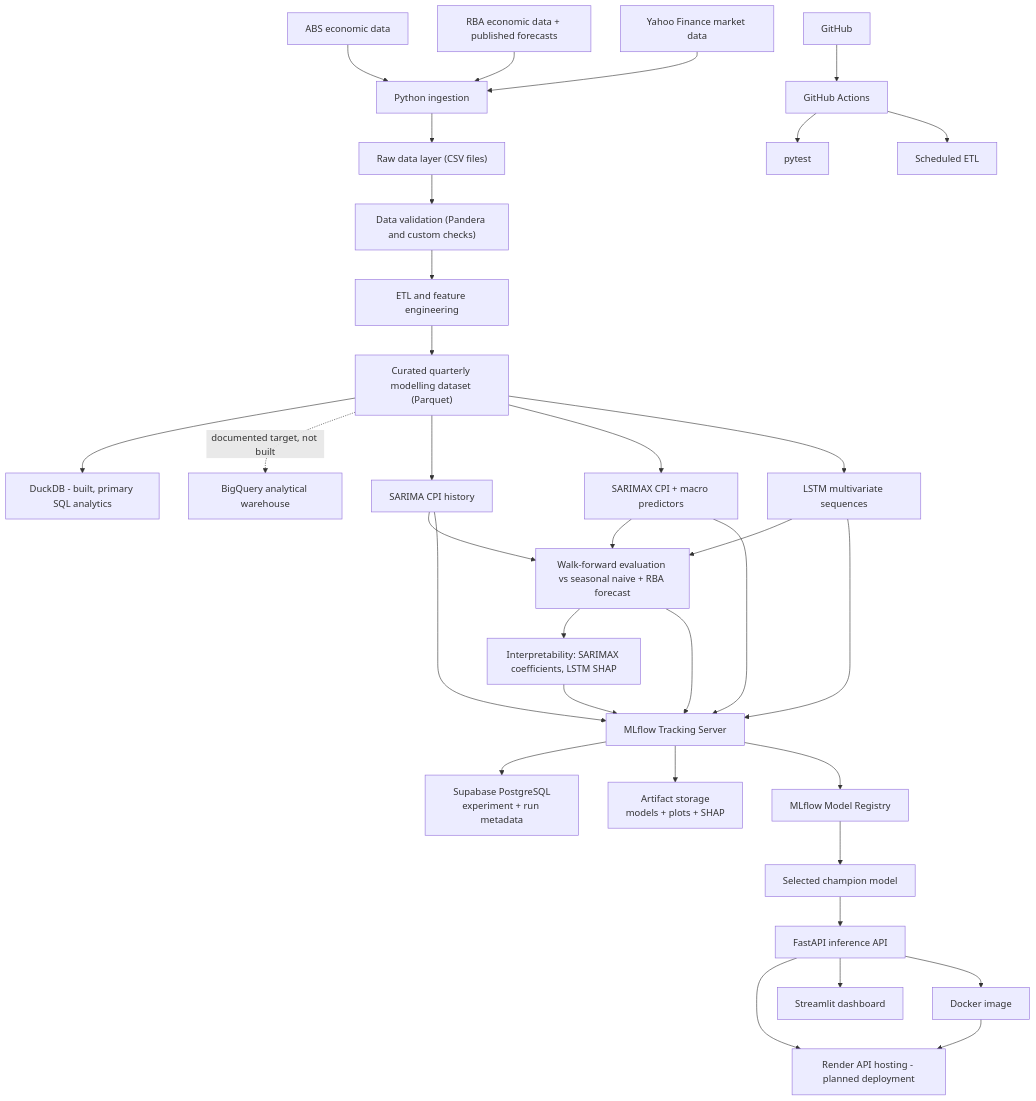
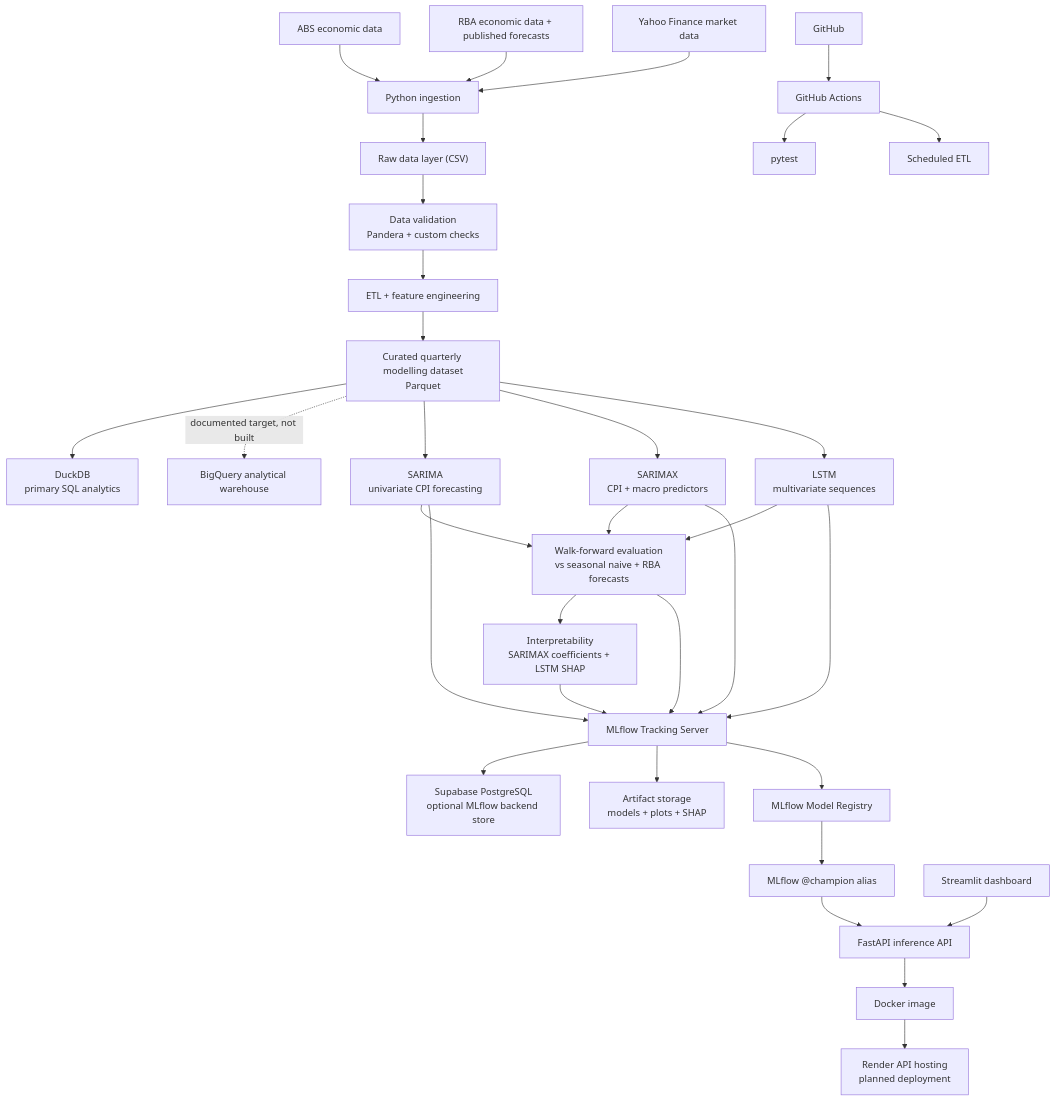
One commit to JuanVu1810/Australian-CPI-Forecast changed the diagram in PROJECT_ARCHITECTURE.md. Above: the diagram before and after it, drawn with Mermaid. The commit also changed other lines of this file and 1 other file, not shown here.

Commit message:
update the streamlit and fastapi interaction

````diff
--- a/PROJECT_ARCHITECTURE.md
+++ b/PROJECT_ARCHITECTURE.md
@@ -207,41 +209,46 @@
 ```mermaid
 flowchart TD
     ABS["ABS economic data"] --> INGEST["Python ingestion"]
     RBA["RBA economic data + published forecasts"] --> INGEST
     YF["Yahoo Finance market data"] --> INGEST
 
-    INGEST --> RAW["Raw data layer (CSV files)"]
-    RAW --> VALIDATE["Data validation (Pandera and custom checks)"]
-    VALIDATE --> ETL["ETL and feature engineering"]
-    ETL --> CURATED["Curated quarterly modelling dataset (Parquet)"]
+    INGEST --> RAW["Raw data layer (CSV)"]
+    RAW --> VALIDATE["Data validation<br/>Pandera + custom checks"]
+    VALIDATE --> ETL["ETL + feature engineering"]
+    ETL --> CURATED["Curated quarterly modelling dataset<br/>Parquet"]
 
-    CURATED --> DUCKDB["DuckDB - built, primary SQL analytics"]
+    CURATED --> DUCKDB["DuckDB<br/>primary SQL analytics"]
     CURATED -. "documented target, not built" .-> BQ["BigQuery analytical warehouse"]
 
-    CURATED --> SARIMA["SARIMA CPI history"]
-    CURATED --> SARIMAX["SARIMAX CPI + macro predictors"]
-    CURATED --> LSTM["LSTM multivariate sequences"]
-    SARIMA --> EVAL["Walk-forward evaluation vs seasonal naive + RBA forecast"]
+    CURATED --> SARIMA["SARIMA<br/>univariate CPI forecasting"]
+    CURATED --> SARIMAX["SARIMAX<br/>CPI + macro predictors"]
+    CURATED --> LSTM["LSTM<br/>multivariate sequences"]
+
+    SARIMA --> EVAL["Walk-forward evaluation<br/>vs seasonal naive + RBA forecasts"]
     SARIMAX --> EVAL
     LSTM --> EVAL
-    EVAL --> INTERP["Interpretability: SARIMAX coefficients, LSTM SHAP"]
+
+    EVAL --> INTERP["Interpretability<br/>SARIMAX coefficients + LSTM SHAP"]
 
     SARIMA --> MLFLOW["MLflow Tracking Server"]
     SARIMAX --> MLFLOW
     LSTM --> MLFLOW
     EVAL --> MLFLOW
     INTERP --> MLFLOW
-    MLFLOW --> POSTGRES["Supabase PostgreSQL<br/>experiment + run metadata"]
+
+    MLFLOW --> POSTGRES["Supabase PostgreSQL<br/>optional MLflow backend store"]
     MLFLOW --> ARTIFACTS["Artifact storage<br/>models + plots + SHAP"]
     MLFLOW --> REGISTRY["MLflow Model Registry"]
-    REGISTRY --> CHAMPION["Selected champion model"]
+
+    REGISTRY --> CHAMPION["MLflow @champion alias"]
     CHAMPION --> API["FastAPI inference API"]
-    API --> RENDER["Render API hosting - planned deployment"]
-    API --> STREAMLIT["Streamlit dashboard"]
+
+    STREAMLIT["Streamlit dashboard"] --> API
+
+    API --> DOCKER["Docker image"]
+    DOCKER --> RENDER["Render API hosting<br/>planned deployment"]
 
     GITHUB["GitHub"] --> ACTIONS["GitHub Actions"]
     ACTIONS --> TESTS["pytest"]
     ACTIONS --> SCHEDULE["Scheduled ETL"]
-    API --> DOCKER["Docker image"]
-    DOCKER --> RENDER
 ```
````
